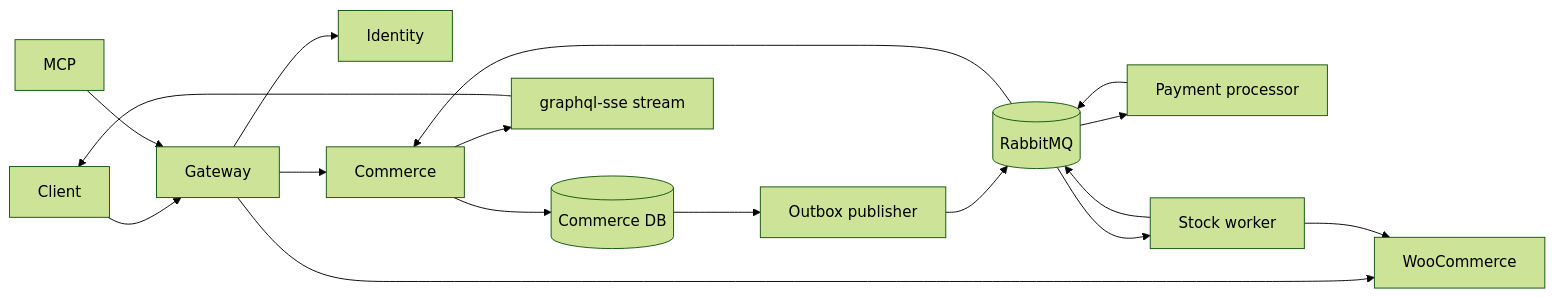
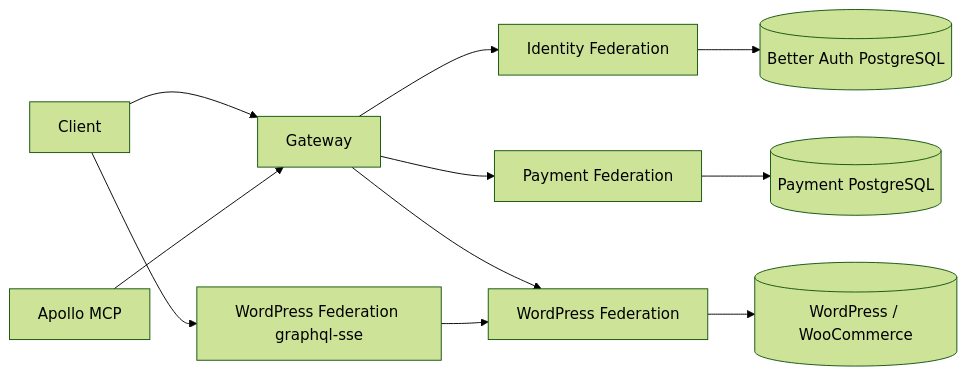
Before and after one commit to kaio-fabiano/desafio-dev-backend-senior: the diagram in docs/prds/01-arquitetura-e-dominio.md, drawn with Mermaid (forest theme). The commit also changed other lines of this file and 5 other files, not shown here.

First line of the commit message:
T-065 federated-platform-architecture-refactor: Lock the target architecture and executable boundaries

````diff
--- a/docs/prds/01-arquitetura-e-dominio.md
+++ b/docs/prds/01-arquitetura-e-dominio.md
@@ -63,19 +88,13 @@
 ```mermaid
 flowchart LR
   Client --> Gateway
-  MCP --> Gateway
-  Gateway --> Identity
-  Gateway --> Commerce
-  Gateway --> Woo[Federated WordPress]
-  Commerce --> CommerceDB[(Commerce DB)]
-  CommerceDB --> Outbox[Outbox publisher]
-  Outbox --> Rabbit[(RabbitMQ)]
-  Rabbit --> Payment[Payment processor]
-  Rabbit --> Stock[Stock worker]
-  Payment --> Rabbit
-  Stock --> Woo[WooCommerce]
-  Stock --> Rabbit
-  Rabbit --> Commerce
-  Commerce --> SSE[graphql-sse stream]
-  SSE --> Client
+  MCP[Apollo MCP] --> Gateway
+  Gateway --> Identity[Identity Federation]
+  Gateway --> Payment[Payment Federation]
+  Gateway --> WordPress[WordPress Federation]
+  Identity --> BetterAuth[(Better Auth PostgreSQL)]
+  Payment --> PaymentDB[(Payment PostgreSQL)]
+  WordPress --> Woo[(WordPress / WooCommerce)]
+  Client --> SSE[WordPress Federation graphql-sse]
+  SSE --> WordPress
 ```
````
